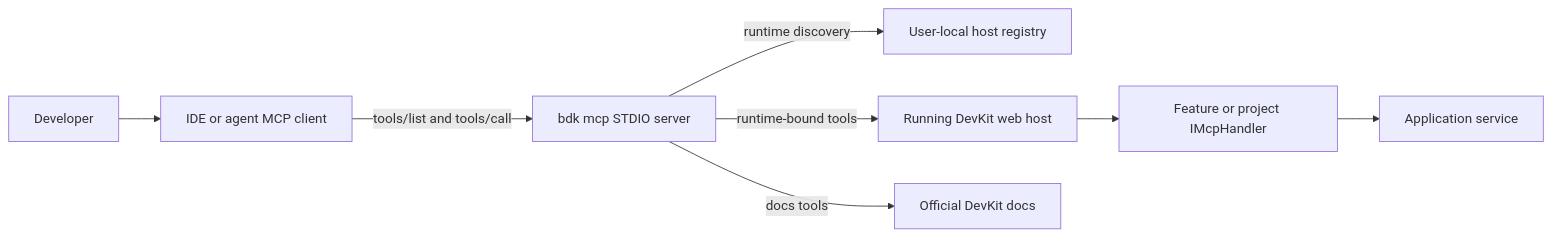
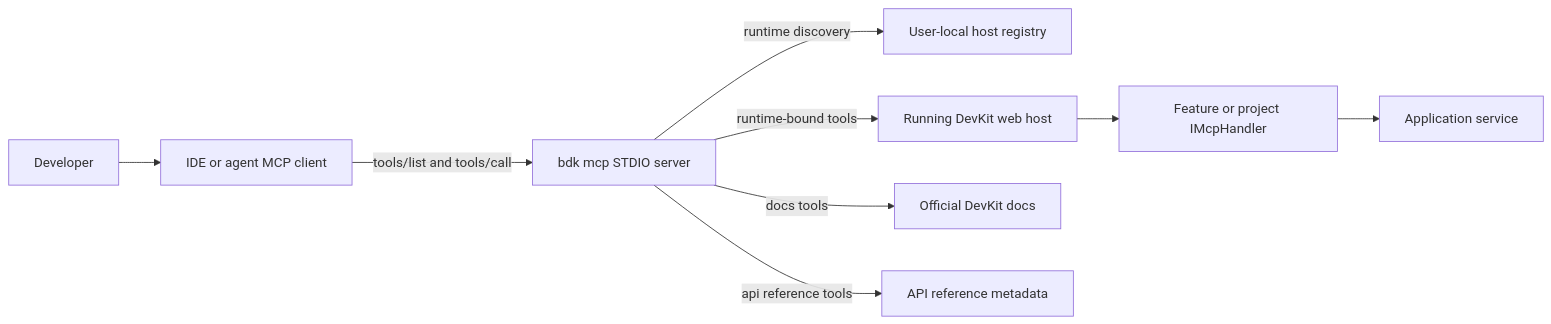
The first of 3 diagrams in docs/features-cli-mcp.md (BridgingIT-GmbH/bITdevKit), drawn with Mermaid before and after one commit. The commit also changed other lines of this file and 10 other files, not shown here.

First line of the commit message:
Add API reference index builder and MCP API reference tools

````diff
--- a/docs/features-cli-mcp.md
+++ b/docs/features-cli-mcp.md
@@ -28,19 +30,21 @@
 ```mermaid
 flowchart LR
     Developer["Developer"]
     Agent["IDE or agent MCP client"]
     Cli["bdk mcp STDIO server"]
     Registry["User-local host registry"]
     Host["Running DevKit web host"]
     Handler["Feature or project IMcpHandler"]
     Service["Application service"]
     Docs["Official DevKit docs"]
+    Api["API reference metadata"]
 
     Developer --> Agent
     Agent -->|"tools/list and tools/call"| Cli
     Cli -->|"runtime discovery"| Registry
     Cli -->|"runtime-bound tools"| Host
     Host --> Handler
     Handler --> Service
     Cli -->|"docs tools"| Docs
+    Cli -->|"api reference tools"| Api
 ```
````
